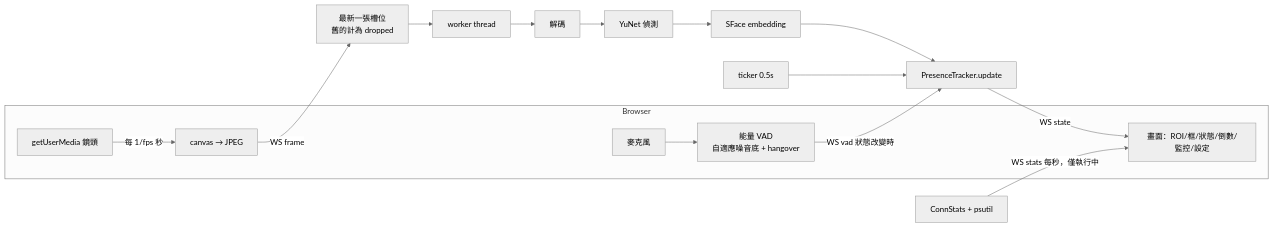
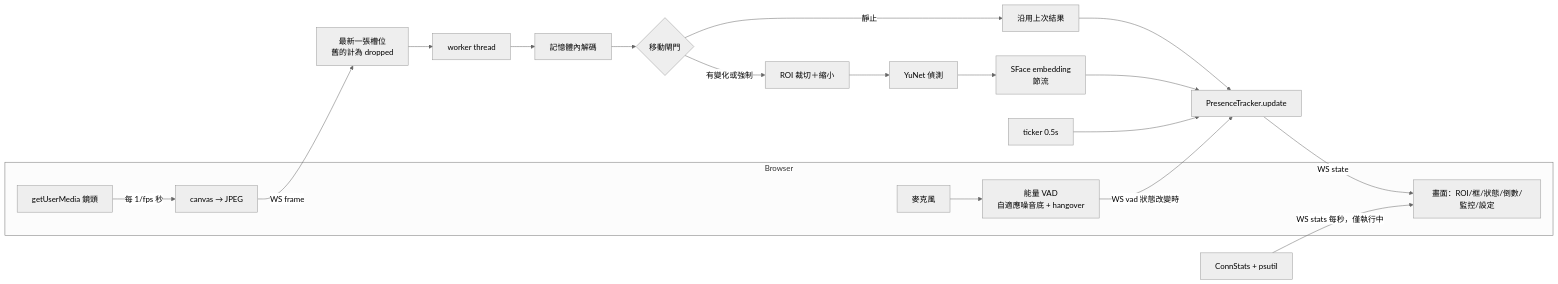
Before and after one commit to mcw519/presence-demo: the first of 2 diagrams in docs/ARCHITECTURE.md, drawn with Mermaid (neutral theme). The commit also changed other lines of this file and 17 other files, not shown here.

Commit message:
Add perf/power optimizations (motion gate, embedding throttle, adaptive fps, ROI crop), monitor stats, benchmark and docs (v0.2.0)

````diff
--- a/docs/ARCHITECTURE.md
+++ b/docs/ARCHITECTURE.md
@@ -15,16 +16,17 @@
 ```mermaid
 flowchart LR
   subgraph Browser
     CAM[getUserMedia 鏡頭] -->|每 1/fps 秒| JPG[canvas → JPEG]
     MIC[麥克風] --> VAD[能量 VAD<br/>自適應噪音底 + hangover]
     UI[畫面：ROI/框/狀態/倒數/監控/設定]
   end
   JPG -->|WS frame| Q[最新一張槽位<br/>舊的計為 dropped]
   VAD -->|WS vad 狀態改變時| TR
   Q --> W[worker thread]
-  W --> DEC[解碼] --> DET[YuNet 偵測] --> EMB[SFace embedding]
+  W --> DEC[記憶體內解碼] --> GATE{移動閘門} -->|有變化或強制| CROP[ROI 裁切＋縮小] --> DET[YuNet 偵測] --> EMB[SFace embedding<br/>節流]
+  GATE -->|靜止| REUSE[沿用上次結果] --> TR
   EMB --> TR[PresenceTracker.update]
   TK[ticker 0.5s] --> TR
   TR -->|WS state| UI
   ST[ConnStats + psutil] -->|WS stats 每秒，僅執行中| UI
 ```
````
